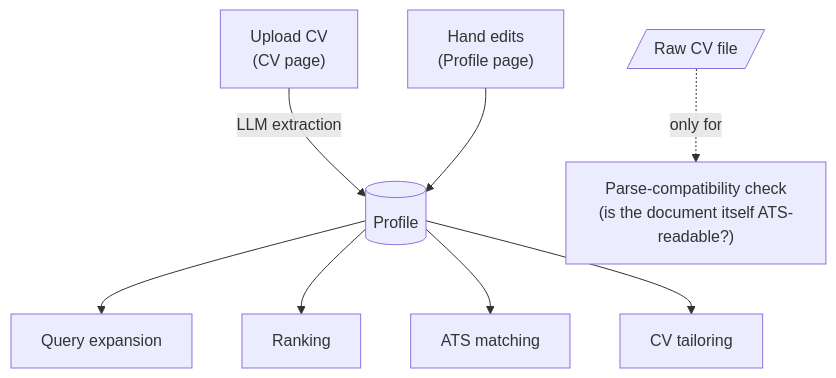
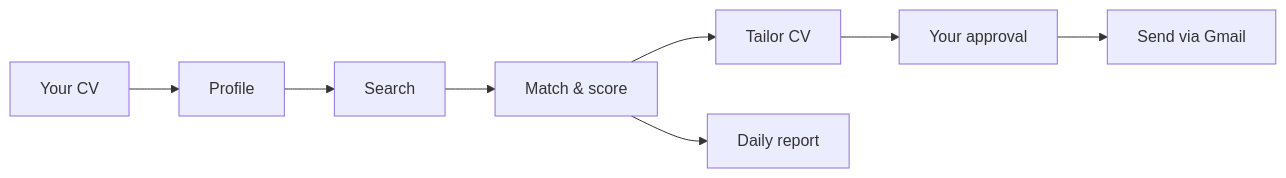
One commit to alymaklad/saei changed the diagram in README.md. Above: the diagram before and after it, drawn with Mermaid. The commit also changed other lines of this file and 19 other files, not shown here.

````diff
--- a/README.md
+++ b/README.md
@@ -98,10 +28,6 @@
 ```mermaid
-flowchart TD
-    U["Upload CV<br/>(CV page)"] -->|LLM extraction| P[("Profile")]
-    E["Hand edits<br/>(Profile page)"] --> P
-    P --> QE["Query expansion"]
-    P --> RK["Ranking"]
-    P --> ATS["ATS matching"]
-    P --> RW["CV tailoring"]
-    F[/"Raw CV file"/] -.->|only for| PC["Parse-compatibility check<br/>(is the document itself ATS-readable?)"]
+flowchart LR
+    CV["Your CV"] --> P["Profile"]
+    P --> S["Search"] --> M["Match & score"] --> T["Tailor CV"] --> A["Your approval"] --> E["Send via Gmail"]
+    M --> R["Daily report"]
 ```
````
